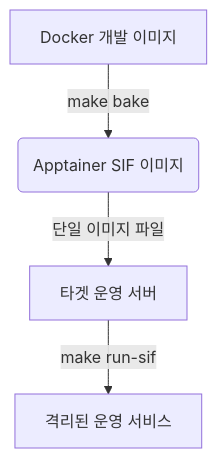
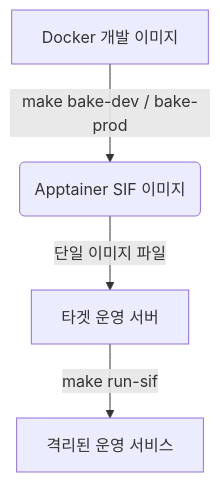
One commit to Lee-hwansoo/DevKit changed the fourth of 5 diagrams in README.ko.md. Above: the diagram before and after it, drawn with Mermaid. The commit also changed other lines of this file and 43 other files, not shown here.

````diff
--- a/README.ko.md
+++ b/README.ko.md
@@ -562,6 +577,6 @@
 ```mermaid
 graph TD
-    A[Docker 개발 이미지] -->|make bake| B(Apptainer SIF 이미지)
+    A[Docker 개발 이미지] -->|make bake-dev / bake-prod| B(Apptainer SIF 이미지)
     B -->|단일 이미지 파일| C[타겟 운영 서버]
     C -->|make run-sif| D[격리된 운영 서비스]
 ```
````
